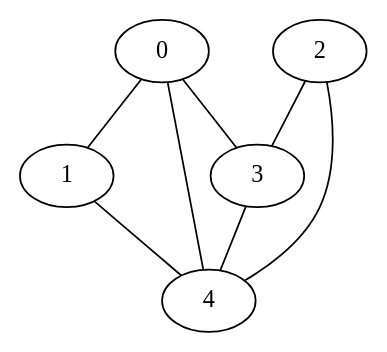
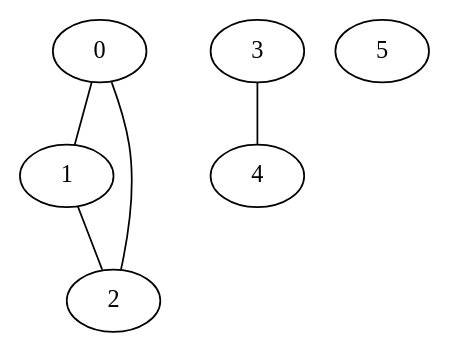
The diagram in grafos/grafo.dot (juliocesarw/Grafos), drawn with Graphviz before and after one commit. The commit also changed 3 other files, not shown here.

```diff
--- a/grafos/grafo.dot
+++ b/grafos/grafo.dot
@@ -1,14 +1,12 @@
 graph {
 0;
 1;
 2;
 3;
 4;
-0 -- 1
-0 -- 3
-0 -- 4
-1 -- 4
-2 -- 3
-2 -- 4
-3 -- 4
+5;
+0 -- 1;
+1 -- 2;
+2 -- 0;
+3 -- 4;
 }
```
